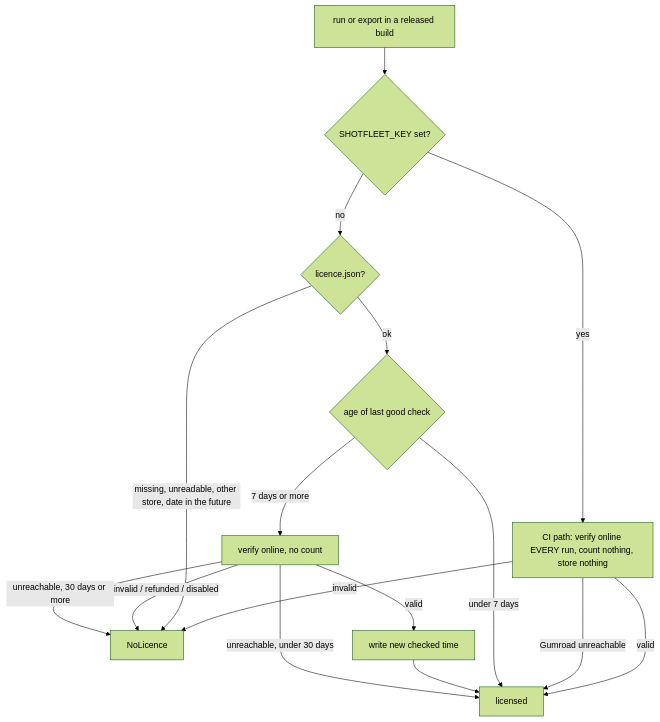
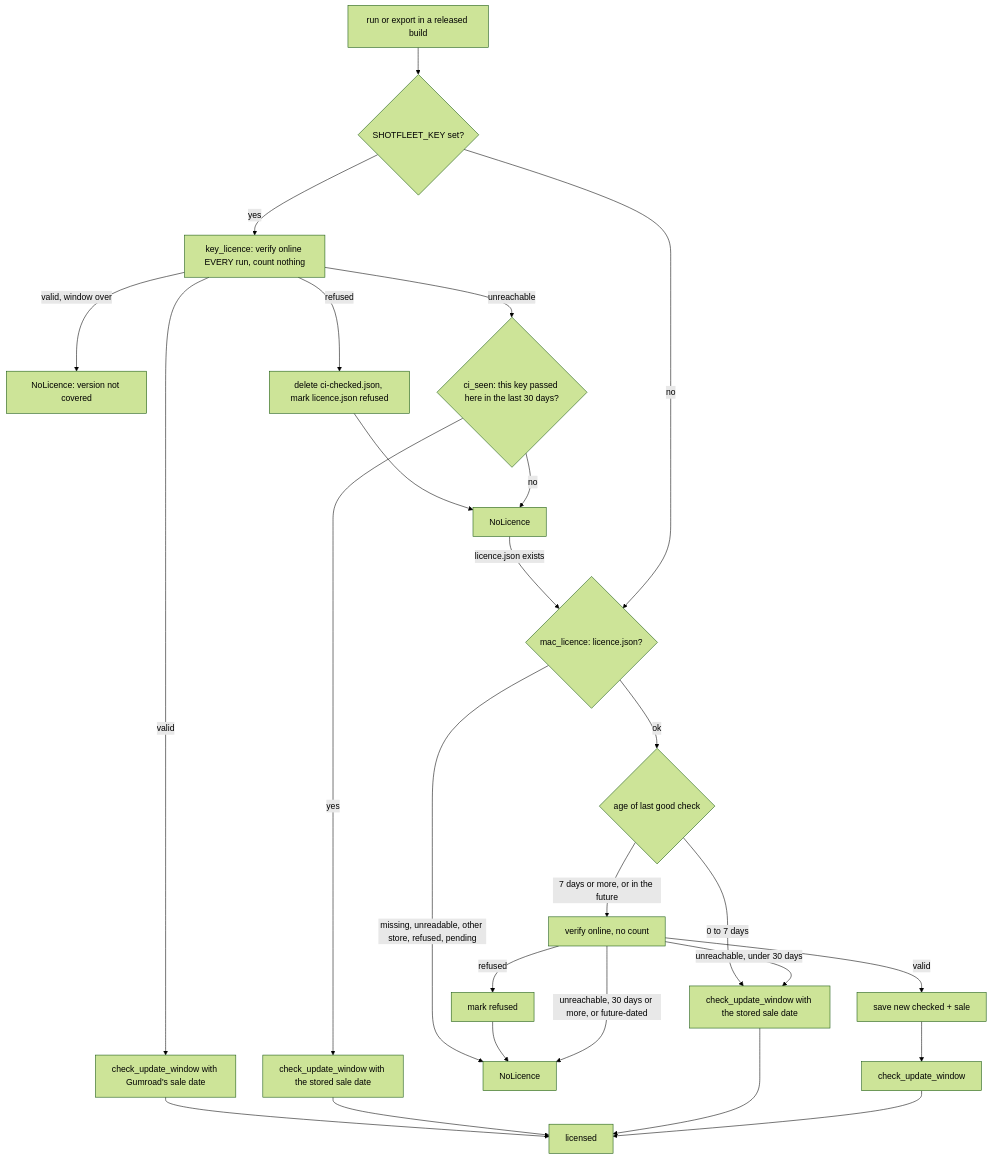
Before and after one commit to noloman/shotfleet: the diagram in docs/architecture/05-licensing.md, drawn with Mermaid (forest theme). The commit also changed other lines of this file and 13 other files, not shown here.

First line of the commit message:
docs: architecture guide refreshed for main 285e099 (0.1.6 licence and security fixes are code on main) [skip ci]

````diff
--- a/docs/architecture/05-licensing.md
+++ b/docs/architecture/05-licensing.md
@@ -67,17 +94,21 @@
 ```mermaid
 flowchart TD
     A[run or export in a released build] --> B{SHOTFLEET_KEY set?}
-    B -->|yes| C[CI path: verify online EVERY run, count nothing, store nothing]
-    C -->|valid| OK[licensed]
-    C -->|invalid| NO[NoLicence]
-    C -->|Gumroad unreachable| OK
-    B -->|no| D{licence.json?}
-    D -->|missing, unreadable, other store, date in the future| NO
-    D -->|ok| E{age of last good check}
-    E -->|under 7 days| OK
-    E -->|7 days or more| F[verify online, no count]
-    F -->|valid| G[write new checked time] --> OK
-    F -->|invalid / refunded / disabled| NO
-    F -->|unreachable, under 30 days| OK
-    F -->|unreachable, 30 days or more| NO
+    B -->|yes| C[key_licence: verify online EVERY run, count nothing]
+    C -->|valid| W1[check_update_window with Gumroad's sale date] --> OK[licensed]
+    C -->|valid, window over| NOW[NoLicence: version not covered]
+    C -->|refused| R[delete ci-checked.json, mark licence.json refused] --> NO[NoLicence]
+    C -->|unreachable| S{ci_seen: this key passed here in the last 30 days?}
+    S -->|yes| W2[check_update_window with the stored sale date] --> OK
+    S -->|no| NO
+    NO -->|licence.json exists| M
+    B -->|no| M{mac_licence: licence.json?}
+    M -->|missing, unreadable, other store, refused, pending| NO2[NoLicence]
+    M -->|ok| E{age of last good check}
+    E -->|0 to 7 days| W3[check_update_window with the stored sale date] --> OK
+    E -->|7 days or more, or in the future| F[verify online, no count]
+    F -->|valid| G[save new checked + sale] --> W4[check_update_window] --> OK
+    F -->|refused| H[mark refused] --> NO2
+    F -->|unreachable, under 30 days| W3
+    F -->|unreachable, 30 days or more, or future-dated| NO2
 ```
````
